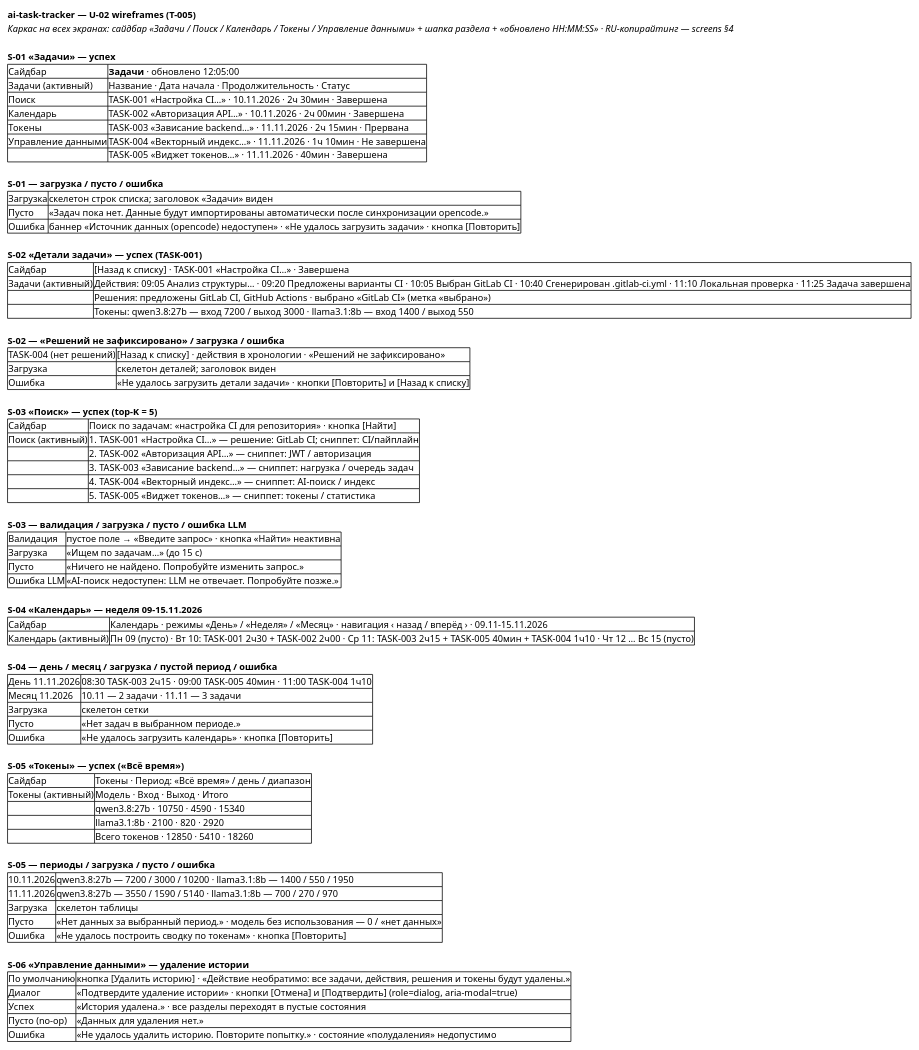
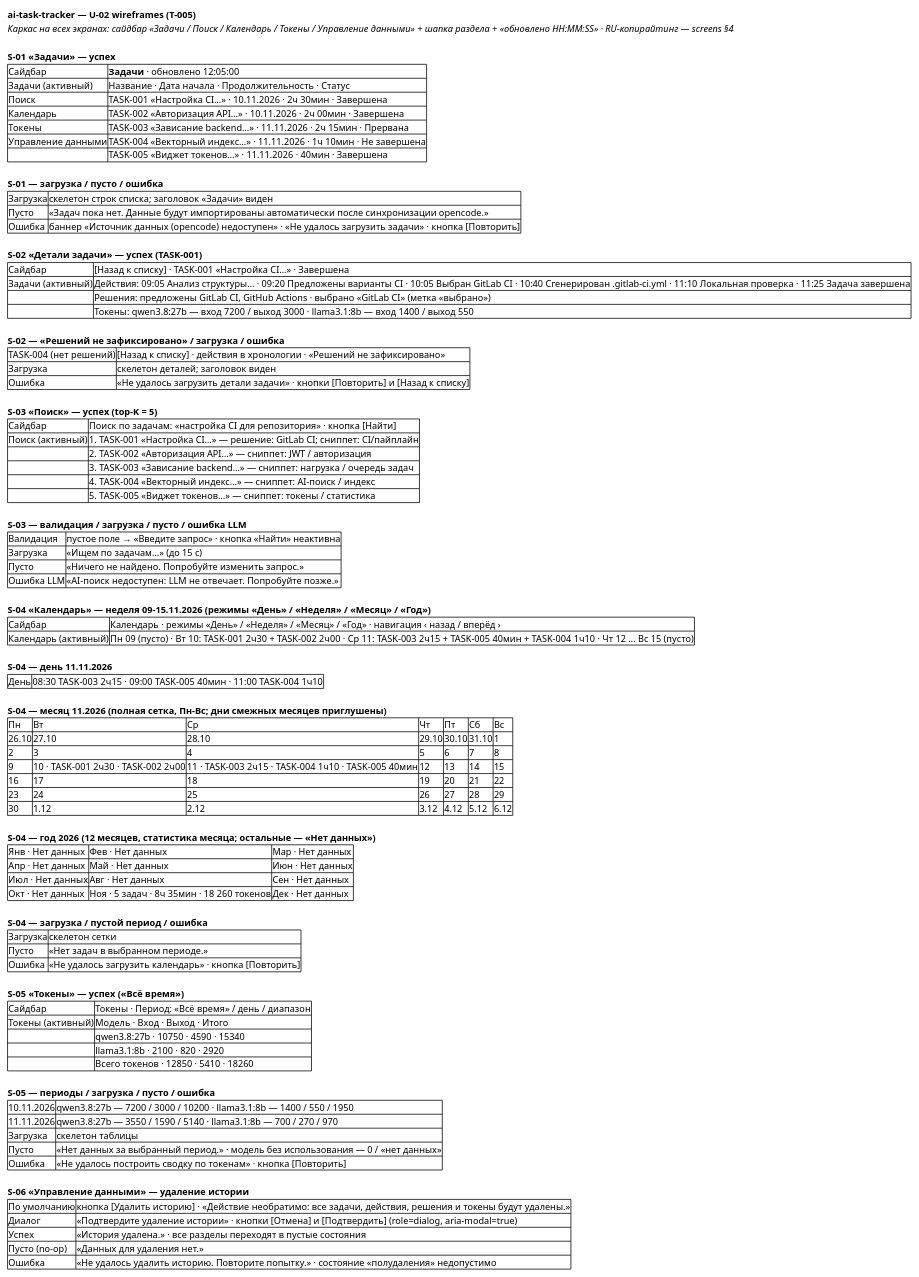
One commit to serge-sasov/ai-task-tracker changed the diagram in docs/ux/wireframes-ai-task-tracker.puml. Above: the diagram before and after it, drawn with PlantUML. The commit also changed 12 other files, not shown here.

```diff
--- a/docs/ux/wireframes-ai-task-tracker.puml
+++ b/docs/ux/wireframes-ai-task-tracker.puml
@@ -1,103 +1,125 @@
 @startsalt
 ' Wireframes: ai-task-tracker (T-005, U-02)
 ' Экраны S-01..S-06 + состояния, влияющие на layout: загрузка / пусто / успех / ошибка
 ' RU-копирайтинг: docs/ux/screens-ai-task-tracker.md §4 (канонические тексты)
 ' Общий каркас: левый сайдбар (5 пунктов) + шапка раздела + «обновлено HH:MM:SS»
 {
   <b>ai-task-tracker — U-02 wireframes (T-005)</b>
   <i>Каркас на всех экранах: сайдбар «Задачи / Поиск / Календарь / Токены / Управление данными» + шапка раздела + «обновлено HH:MM:SS» · RU-копирайтинг — screens §4</i>
   .
   <b>S-01 «Задачи» — успех</b>
   {#
     Сайдбар | <b>Задачи</b> · обновлено 12:05:00
     Задачи (активный) | Название · Дата начала · Продолжительность · Статус
     Поиск | TASK-001 «Настройка CI…» · 10.11.2026 · 2ч 30мин · Завершена
     Календарь | TASK-002 «Авторизация API…» · 10.11.2026 · 2ч 00мин · Завершена
     Токены | TASK-003 «Зависание backend…» · 11.11.2026 · 2ч 15мин · Прервана
     Управление данными | TASK-004 «Векторный индекс…» · 11.11.2026 · 1ч 10мин · Не завершена
     . | TASK-005 «Виджет токенов…» · 11.11.2026 · 40мин · Завершена
   }
   .
   <b>S-01 — загрузка / пусто / ошибка</b>
   {#
     Загрузка | скелетон строк списка; заголовок «Задачи» виден
     Пусто | «Задач пока нет. Данные будут импортированы автоматически после синхронизации opencode.»
     Ошибка | баннер «Источник данных (opencode) недоступен» · «Не удалось загрузить задачи» · кнопка [Повторить]
   }
   .
   <b>S-02 «Детали задачи» — успех (TASK-001)</b>
   {#
     Сайдбар | [Назад к списку] · TASK-001 «Настройка CI…» · Завершена
     Задачи (активный) | Действия: 09:05 Анализ структуры… · 09:20 Предложены варианты CI · 10:05 Выбран GitLab CI · 10:40 Сгенерирован .gitlab-ci.yml · 11:10 Локальная проверка · 11:25 Задача завершена
     . | Решения: предложены GitLab CI, GitHub Actions · выбрано «GitLab CI» (метка «выбрано»)
     . | Токены: qwen3.8:27b — вход 7200 / выход 3000 · llama3.1:8b — вход 1400 / выход 550
   }
   .
   <b>S-02 — «Решений не зафиксировано» / загрузка / ошибка</b>
   {#
     TASK-004 (нет решений) | [Назад к списку] · действия в хронологии · «Решений не зафиксировано»
     Загрузка | скелетон деталей; заголовок виден
     Ошибка | «Не удалось загрузить детали задачи» · кнопки [Повторить] и [Назад к списку]
   }
   .
   <b>S-03 «Поиск» — успех (top-K = 5)</b>
   {#
     Сайдбар | Поиск по задачам: «настройка CI для репозитория» · кнопка [Найти]
     Поиск (активный) | 1. TASK-001 «Настройка CI…» — решение: GitLab CI; сниппет: CI/пайплайн
     . | 2. TASK-002 «Авторизация API…» — сниппет: JWT / авторизация
     . | 3. TASK-003 «Зависание backend…» — сниппет: нагрузка / очередь задач
     . | 4. TASK-004 «Векторный индекс…» — сниппет: AI-поиск / индекс
     . | 5. TASK-005 «Виджет токенов…» — сниппет: токены / статистика
   }
   .
   <b>S-03 — валидация / загрузка / пусто / ошибка LLM</b>
   {#
     Валидация | пустое поле → «Введите запрос» · кнопка «Найти» неактивна
     Загрузка | «Ищем по задачам…» (до 15 с)
     Пусто | «Ничего не найдено. Попробуйте изменить запрос.»
     Ошибка LLM | «AI-поиск недоступен: LLM не отвечает. Попробуйте позже.»
   }
   .
-  <b>S-04 «Календарь» — неделя 09–15.11.2026</b>
+  <b>S-04 «Календарь» — неделя 09–15.11.2026 (режимы «День» / «Неделя» / «Месяц» / «Год»)</b>
   {#
-    Сайдбар | Календарь · режимы «День» / «Неделя» / «Месяц» · навигация ‹ назад / вперёд › · 09.11–15.11.2026
+    Сайдбар | Календарь · режимы «День» / «Неделя» / «Месяц» / «Год» · навигация ‹ назад / вперёд ›
     Календарь (активный) | Пн 09 (пусто) · Вт 10: TASK-001 2ч30 + TASK-002 2ч00 · Ср 11: TASK-003 2ч15 + TASK-005 40мин + TASK-004 1ч10 · Чт 12 … Вс 15 (пусто)
   }
   .
-  <b>S-04 — день / месяц / загрузка / пустой период / ошибка</b>
+  <b>S-04 — день 11.11.2026</b>
   {#
-    День 11.11.2026 | 08:30 TASK-003 2ч15 · 09:00 TASK-005 40мин · 11:00 TASK-004 1ч10
-    Месяц 11.2026 | 10.11 — 2 задачи · 11.11 — 3 задачи
+    День | 08:30 TASK-003 2ч15 · 09:00 TASK-005 40мин · 11:00 TASK-004 1ч10
+  }
+  .
+  <b>S-04 — месяц 11.2026 (полная сетка, Пн–Вс; дни смежных месяцев приглушены)</b>
+  {#
+    Пн | Вт | Ср | Чт | Пт | Сб | Вс
+    26.10 | 27.10 | 28.10 | 29.10 | 30.10 | 31.10 | 1
+    2 | 3 | 4 | 5 | 6 | 7 | 8
+    9 | 10 · TASK-001 2ч30 · TASK-002 2ч00 | 11 · TASK-003 2ч15 · TASK-004 1ч10 · TASK-005 40мин | 12 | 13 | 14 | 15
+    16 | 17 | 18 | 19 | 20 | 21 | 22
+    23 | 24 | 25 | 26 | 27 | 28 | 29
+    30 | 1.12 | 2.12 | 3.12 | 4.12 | 5.12 | 6.12
+  }
+  .
+  <b>S-04 — год 2026 (12 месяцев, статистика месяца; остальные — «Нет данных»)</b>
+  {#
+    Янв · Нет данных | Фев · Нет данных | Мар · Нет данных
+    Апр · Нет данных | Май · Нет данных | Июн · Нет данных
+    Июл · Нет данных | Авг · Нет данных | Сен · Нет данных
+    Окт · Нет данных | Ноя · 5 задач · 8ч 35мин · 18 260 токенов | Дек · Нет данных
+  }
+  .
+  <b>S-04 — загрузка / пустой период / ошибка</b>
+  {#
     Загрузка | скелетон сетки
     Пусто | «Нет задач в выбранном периоде.»
     Ошибка | «Не удалось загрузить календарь» · кнопка [Повторить]
   }
   .
   <b>S-05 «Токены» — успех («Всё время»)</b>
   {#
     Сайдбар | Токены · Период: «Всё время» / день / диапазон
     Токены (активный) | Модель · Вход · Выход · Итого
     . | qwen3.8:27b · 10750 · 4590 · 15340
     . | llama3.1:8b · 2100 · 820 · 2920
     . | Всего токенов · 12850 · 5410 · 18260
   }
   .
   <b>S-05 — периоды / загрузка / пусто / ошибка</b>
   {#
     10.11.2026 | qwen3.8:27b — 7200 / 3000 / 10200 · llama3.1:8b — 1400 / 550 / 1950
     11.11.2026 | qwen3.8:27b — 3550 / 1590 / 5140 · llama3.1:8b — 700 / 270 / 970
     Загрузка | скелетон таблицы
     Пусто | «Нет данных за выбранный период.» · модель без использования — 0 / «нет данных»
     Ошибка | «Не удалось построить сводку по токенам» · кнопка [Повторить]
   }
   .
   <b>S-06 «Управление данными» — удаление истории</b>
   {#
     По умолчанию | кнопка [Удалить историю] · «Действие необратимо: все задачи, действия, решения и токены будут удалены.»
     Диалог | «Подтвердите удаление истории» · кнопки [Отмена] и [Подтвердить] (role=dialog, aria-modal=true)
     Успех | «История удалена.» · все разделы переходят в пустые состояния
     Пусто (no-op) | «Данных для удаления нет.»
     Ошибка | «Не удалось удалить историю. Повторите попытку.» · состояние «полудаления» недопустимо
   }
 }
 @endsalt
```
